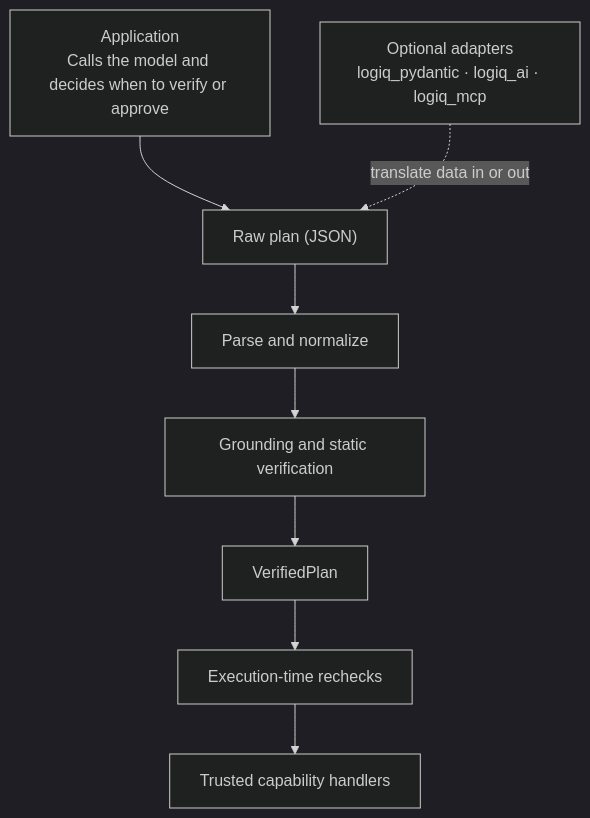
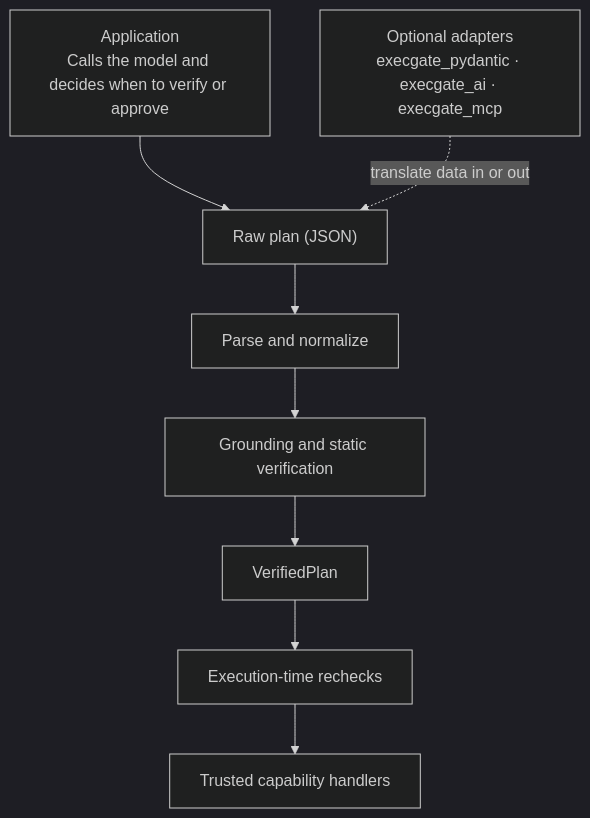
One commit to aldanedev-create/ExecGate changed the diagram in docs/architecture.md. Above: the diagram before and after it, drawn with Mermaid (dark theme). The commit also changed other lines of this file and 369 other files, not shown here.

````diff
--- a/docs/architecture.md
+++ b/docs/architecture.md
@@ -10,11 +10,11 @@
 ```mermaid
 flowchart TD
     A["Application<br/>Calls the model and decides when to verify or approve"] --> B["Raw plan (JSON)"]
     B --> C["Parse and normalize"]
     C --> D["Grounding and static verification"]
     D --> E["VerifiedPlan"]
     E --> F["Execution-time rechecks"]
     F --> G["Trusted capability handlers"]
 
-    H["Optional adapters<br/>logiq_pydantic · logiq_ai · logiq_mcp"] -. "translate data in or out" .-> B
+    H["Optional adapters<br/>execgate_pydantic · execgate_ai · execgate_mcp"] -. "translate data in or out" .-> B
 ```
````
